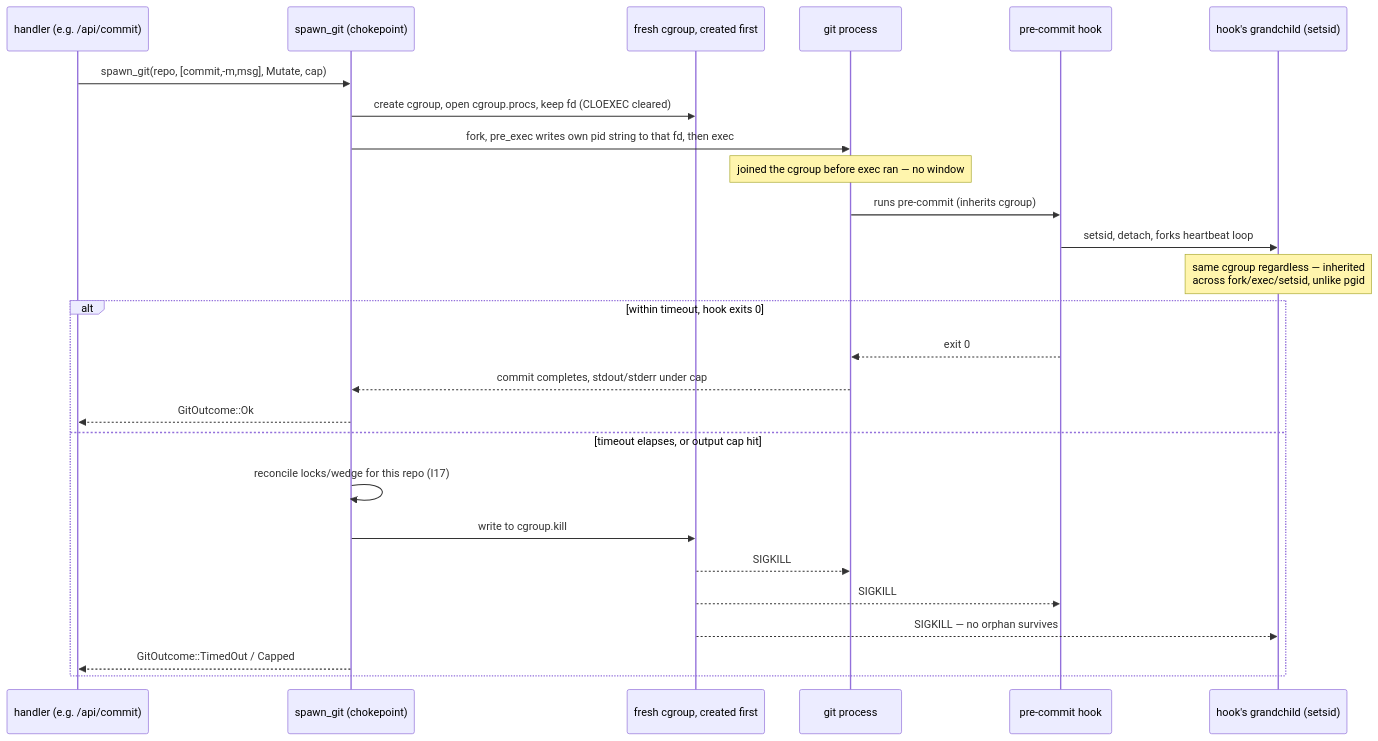
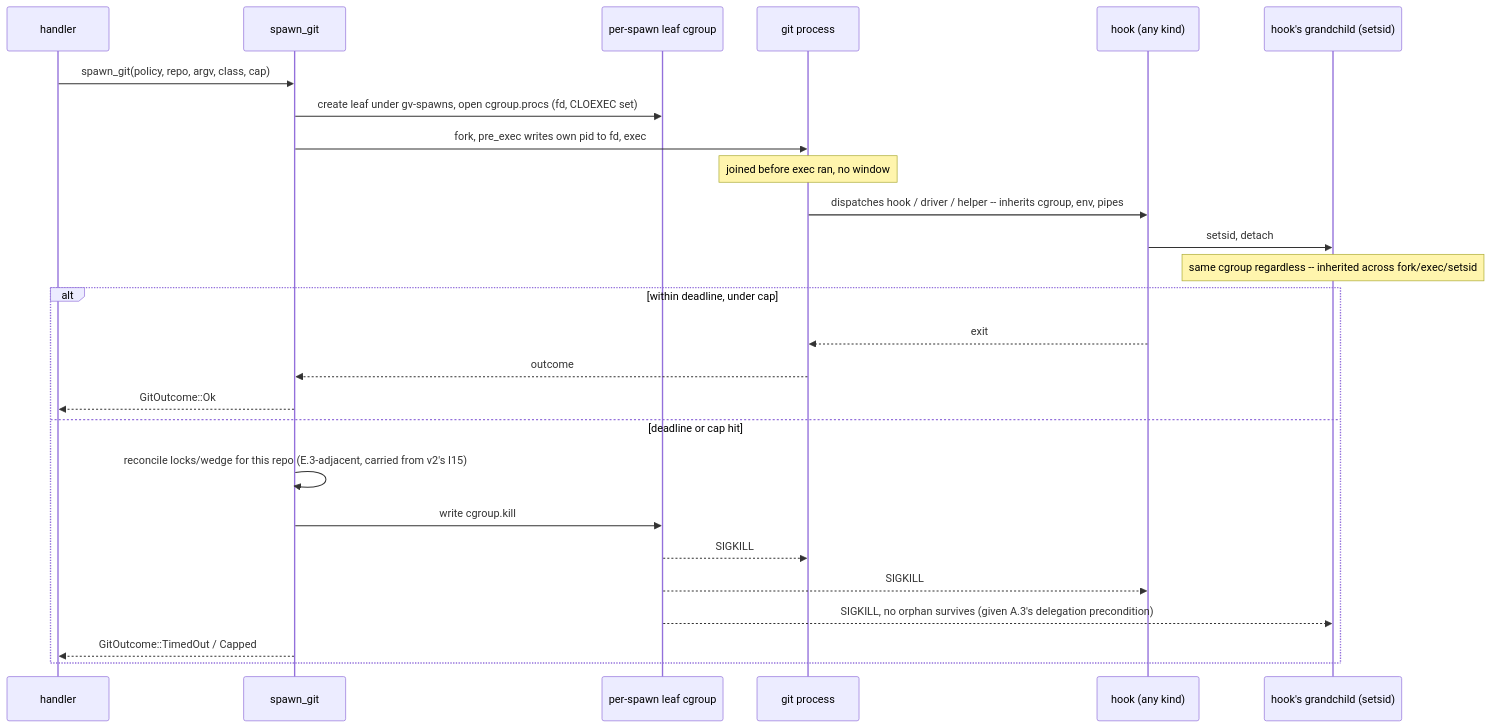
The third of 4 diagrams in docs/superpowers/specs/2026-07-27-m1.13-git-process-policy-design.md (tom2025b/git-vista), drawn with Mermaid before and after one commit. The commit also changed other lines of this file, not shown here.

````diff
--- a/docs/superpowers/specs/2026-07-27-m1.13-git-process-policy-design.md
+++ b/docs/superpowers/specs/2026-07-27-m1.13-git-process-policy-design.md
@@ -491,28 +235,28 @@
 ```mermaid
 sequenceDiagram
-    participant H as handler (e.g. /api/commit)
-    participant SG as spawn_git (chokepoint)
-    participant CG as fresh cgroup, created first
+    participant H as handler
+    participant SG as spawn_git
+    participant CG as per-spawn leaf cgroup
     participant G as git process
-    participant HK as pre-commit hook
+    participant HK as hook (any kind)
     participant GC as hook's grandchild (setsid)
-    H->>SG: spawn_git(repo, [commit,-m,msg], Mutate, cap)
-    SG->>CG: create cgroup, open cgroup.procs, keep fd (CLOEXEC cleared)
-    SG->>G: fork, pre_exec writes own pid string to that fd, then exec
-    Note over G: joined the cgroup before exec ran — no window
-    G->>HK: runs pre-commit (inherits cgroup)
-    HK->>GC: setsid, detach, forks heartbeat loop
-    Note over GC: same cgroup regardless — inherited<br/>across fork/exec/setsid, unlike pgid
-    alt within timeout, hook exits 0
-        HK-->>G: exit 0
-        G-->>SG: commit completes, stdout/stderr under cap
+    H->>SG: spawn_git(policy, repo, argv, class, cap)
+    SG->>CG: create leaf under gv-spawns, open cgroup.procs (fd, CLOEXEC set)
+    SG->>G: fork, pre_exec writes own pid to fd, exec
+    Note over G: joined before exec ran, no window
+    G->>HK: dispatches hook / driver / helper -- inherits cgroup, env, pipes
+    HK->>GC: setsid, detach
+    Note over GC: same cgroup regardless -- inherited across fork/exec/setsid
+    alt within deadline, under cap
+        HK-->>G: exit
+        G-->>SG: outcome
         SG-->>H: GitOutcome::Ok
-    else timeout elapses, or output cap hit
-        SG->>SG: reconcile locks/wedge for this repo (I17)
-        SG->>CG: write to cgroup.kill
+    else deadline or cap hit
+        SG->>SG: reconcile locks/wedge for this repo (E.3-adjacent, carried from v2's I15)
+        SG->>CG: write cgroup.kill
         CG-->>G: SIGKILL
         CG-->>HK: SIGKILL
-        CG-->>GC: SIGKILL — no orphan survives
+        CG-->>GC: SIGKILL, no orphan survives (given A.3's delegation precondition)
         SG-->>H: GitOutcome::TimedOut / Capped
     end
 ```
````
